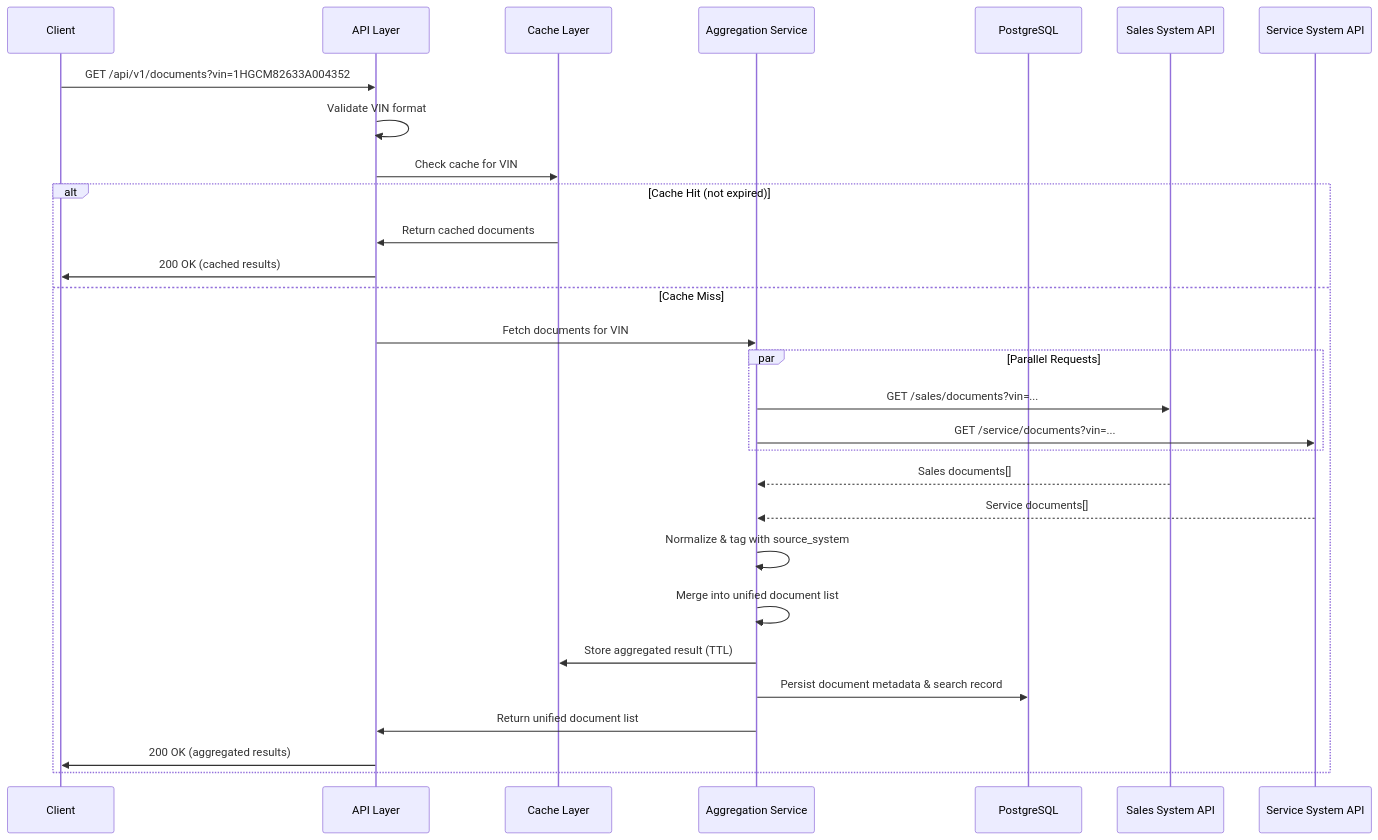
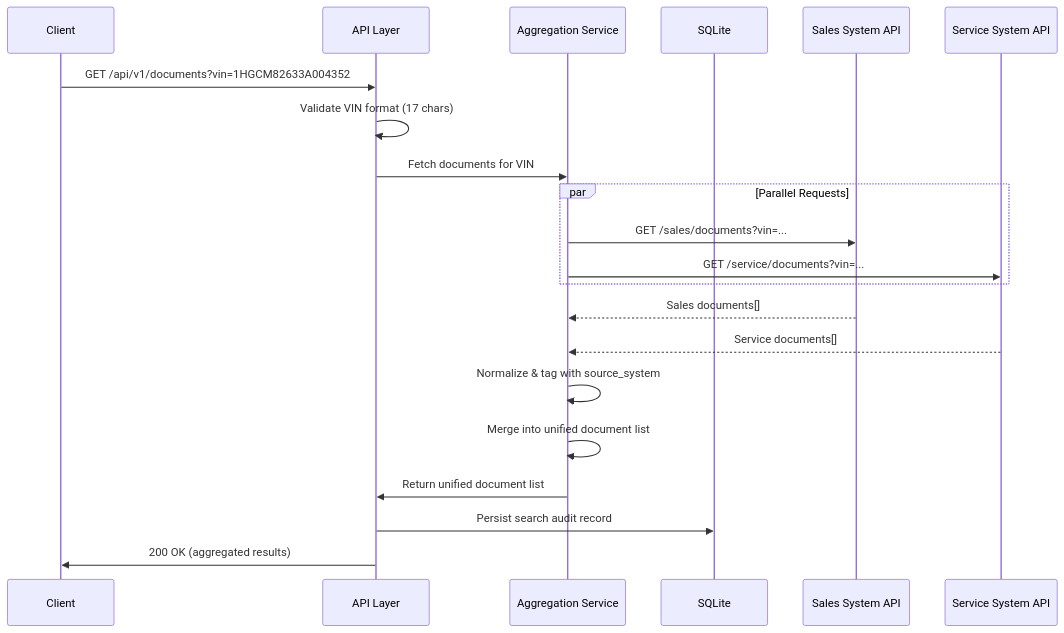
One commit to Hodnduy/unified-document-viewer changed the second of 4 diagrams in docs/SYSTEM_DESIGN.md. Above: the diagram before and after it, drawn with Mermaid. The commit also changed other lines of this file and 11 other files, not shown here.

Commit message:
feat: complete unified document viewer backend

````diff
--- a/docs/SYSTEM_DESIGN.md
+++ b/docs/SYSTEM_DESIGN.md
@@ -95,38 +89,30 @@
 ```mermaid
 sequenceDiagram
     participant C as Client
     participant API as API Layer
-    participant CACHE as Cache Layer
     participant AGG as Aggregation Service
-    participant DB as PostgreSQL
+    participant DB as SQLite
     participant SALES as Sales System API
     participant SVC as Service System API
 
     C->>API: GET /api/v1/documents?vin=1HGCM82633A004352
-    API->>API: Validate VIN format
+    API->>API: Validate VIN format (17 chars)
 
-    API->>CACHE: Check cache for VIN
-    alt Cache Hit (not expired)
-        CACHE->>API: Return cached documents
-        API->>C: 200 OK (cached results)
-    else Cache Miss
-        API->>AGG: Fetch documents for VIN
+    API->>AGG: Fetch documents for VIN
 
-        par Parallel Requests
-            AGG->>SALES: GET /sales/documents?vin=...
-            AGG->>SVC: GET /service/documents?vin=...
-        end
+    par Parallel Requests
+        AGG->>SALES: GET /sales/documents?vin=...
+        AGG->>SVC: GET /service/documents?vin=...
+    end
 
-        SALES-->>AGG: Sales documents[]
-        SVC-->>AGG: Service documents[]
+    SALES-->>AGG: Sales documents[]
+    SVC-->>AGG: Service documents[]
 
-        AGG->>AGG: Normalize & tag with source_system
-        AGG->>AGG: Merge into unified document list
+    AGG->>AGG: Normalize & tag with source_system
+    AGG->>AGG: Merge into unified document list
 
-        AGG->>CACHE: Store aggregated result (TTL)
-        AGG->>DB: Persist document metadata & search record
+    AGG->>API: Return unified document list
 
-        AGG->>API: Return unified document list
-        API->>C: 200 OK (aggregated results)
-    end
+    API->>DB: Persist search audit record
+    API->>C: 200 OK (aggregated results)
 ```
````
